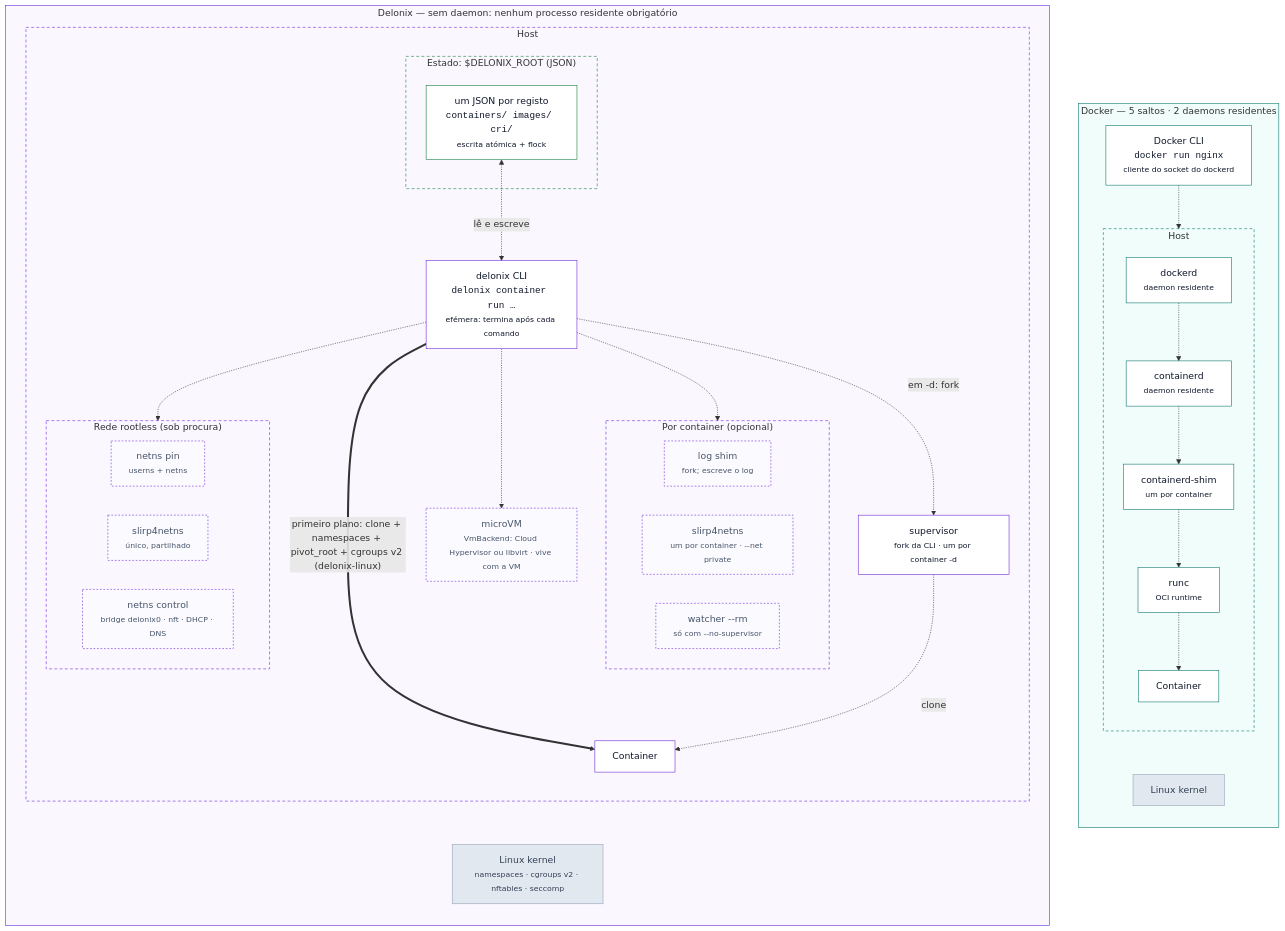
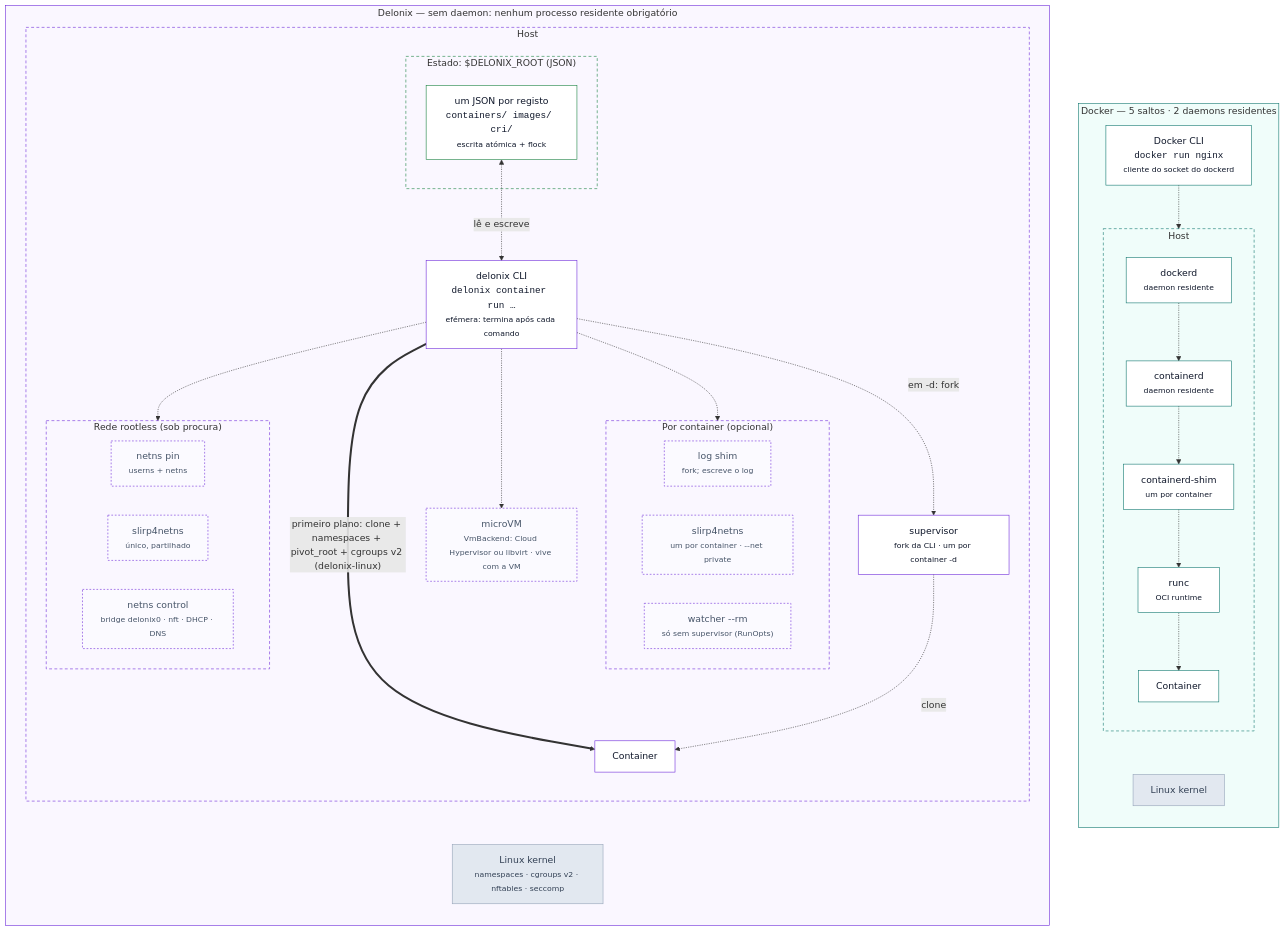
The diagram in docs/diagrams/delonix-vs-docker.mermaid (ngolacloud/delonix), drawn with Mermaid before and after one commit. The commit also changed 7 other files, not shown here.

```diff
--- a/docs/diagrams/delonix-vs-docker.mermaid
+++ b/docs/diagrams/delonix-vs-docker.mermaid
@@ -1,72 +1,72 @@
 %% Docker vs Delonix — text twin of delonix-vs-docker.svg (source: gen_diagrams.py).
 %% Every element is confirmed in ARCHITECTURE.md, section "Diagrams".
 %% Faded (dashed-border) nodes are optional: born on demand, die with the resource.
 flowchart TB
   subgraph DOCKER["Docker — 5 saltos · 2 daemons residentes"]
     direction TB
     dcli["Docker CLI<br/><code>docker run nginx</code><br/><small>cliente do socket do dockerd</small>"]
     subgraph DHOST["Host"]
       direction TB
       dockerd["dockerd<br/><small>daemon residente</small>"]
       containerd["containerd<br/><small>daemon residente</small>"]
       shim["containerd-shim<br/><small>um por container</small>"]
       runc["runc<br/><small>OCI runtime</small>"]
       dctr["Container"]
       dockerd -.-> containerd -.-> shim -.-> runc -.-> dctr
     end
     dk["Linux kernel"]
     dcli -.-> dockerd
     dctr ~~~ dk
   end
 
   subgraph DELONIX["Delonix — sem daemon: nenhum processo residente obrigatório"]
     direction TB
     subgraph LHOST["Host"]
       direction TB
       cli["delonix CLI<br/><code>delonix container run …</code><br/><small>efémera: termina após cada comando</small>"]
       subgraph STATE["Estado: $DELONIX_ROOT (JSON)"]
         json["um JSON por registo<br/><code>containers/ images/ cri/</code><br/><small>escrita atómica + flock</small>"]
       end
       sup["supervisor<br/><small>fork da CLI · um por container -d</small>"]
       ctr["Container"]
       subgraph PERC["Por container (opcional)"]
         shimd["log shim<br/><small>fork; escreve o log</small>"]
         slirp["slirp4netns<br/><small>um por container · --net private</small>"]
-        rmw["watcher --rm<br/><small>só com --no-supervisor</small>"]
+        rmw["watcher --rm<br/><small>só sem supervisor (RunOpts)</small>"]
       end
       subgraph NET["Rede rootless (sob procura)"]
         pin["netns pin<br/><small>userns + netns</small>"]
         slirp1["slirp4netns<br/><small>único, partilhado</small>"]
         ctl["netns control<br/><small>bridge delonix0 · nft · DHCP · DNS</small>"]
       end
       vm["microVM<br/><small>VmBackend: Cloud Hypervisor ou libvirt · vive com a VM</small>"]
     end
     k2["Linux kernel<br/><small>namespaces · cgroups v2 · nftables · seccomp</small>"]
 
     cli == "primeiro plano: clone + namespaces + pivot_root + cgroups v2 (delonix-linux)" ==> ctr
     cli -. "em -d: fork" .-> sup
     sup -. "clone" .-> ctr
     json <-. "lê e escreve" .-> cli
     cli -.-> PERC
     cli -.-> NET
     cli -.-> vm
     LHOST ~~~ k2
   end
 
   classDef docker fill:#fff,stroke:#0f766e,color:#0f172a
   classDef delonix fill:#fff,stroke:#6d28d9,color:#0f172a
   classDef optional fill:#fbfaff,stroke:#6d28d9,stroke-dasharray:3 3,color:#475569
   classDef data fill:#fff,stroke:#15803d,color:#0f172a
   classDef kernel fill:#e2e8f0,stroke:#94a3b8,color:#334155
   class dcli,dockerd,containerd,shim,runc,dctr docker
   class cli,ctr,sup delonix
   class shimd,slirp,rmw,pin,slirp1,ctl,vm optional
   class json data
   class dk,k2 kernel
   style DOCKER fill:#f0fdfa,stroke:#0f766e
   style DELONIX fill:#faf7ff,stroke:#6d28d9
   style DHOST fill:none,stroke:#0f766e,stroke-dasharray:5 4
   style LHOST fill:none,stroke:#6d28d9,stroke-dasharray:5 4
   style STATE fill:none,stroke:#15803d,stroke-dasharray:5 4
   style PERC fill:none,stroke:#6d28d9,stroke-dasharray:5 4
   style NET fill:none,stroke:#6d28d9,stroke-dasharray:5 4
```
